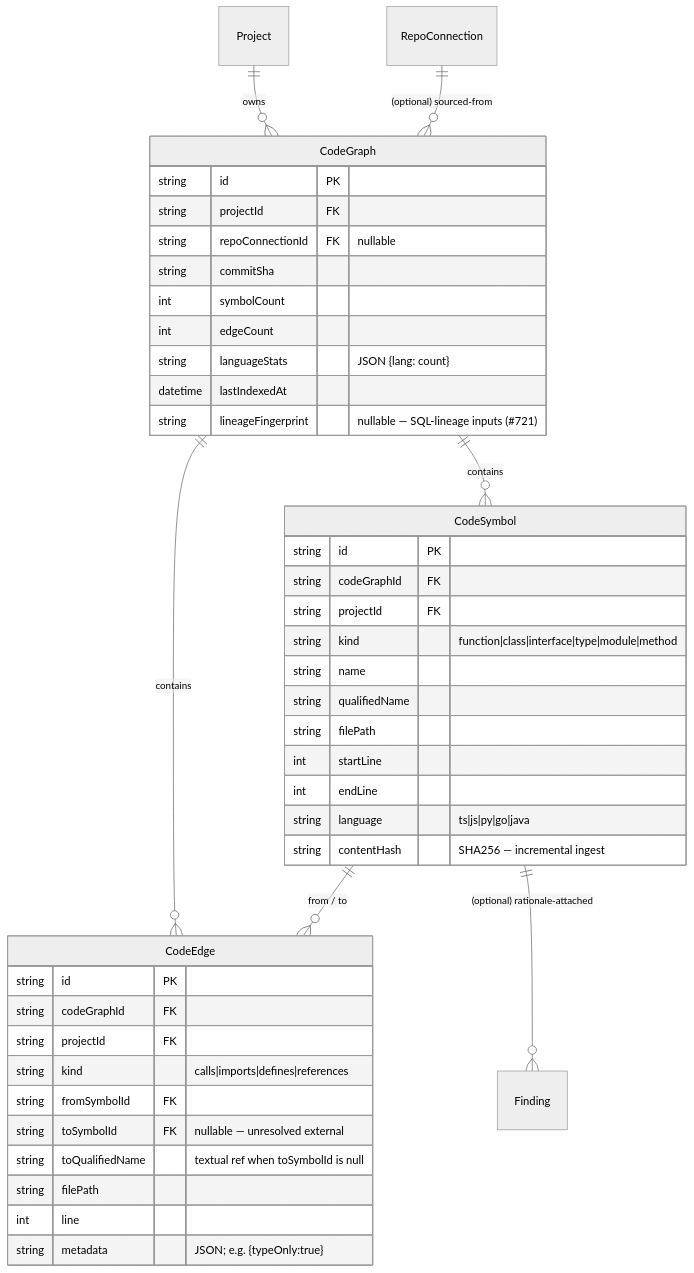
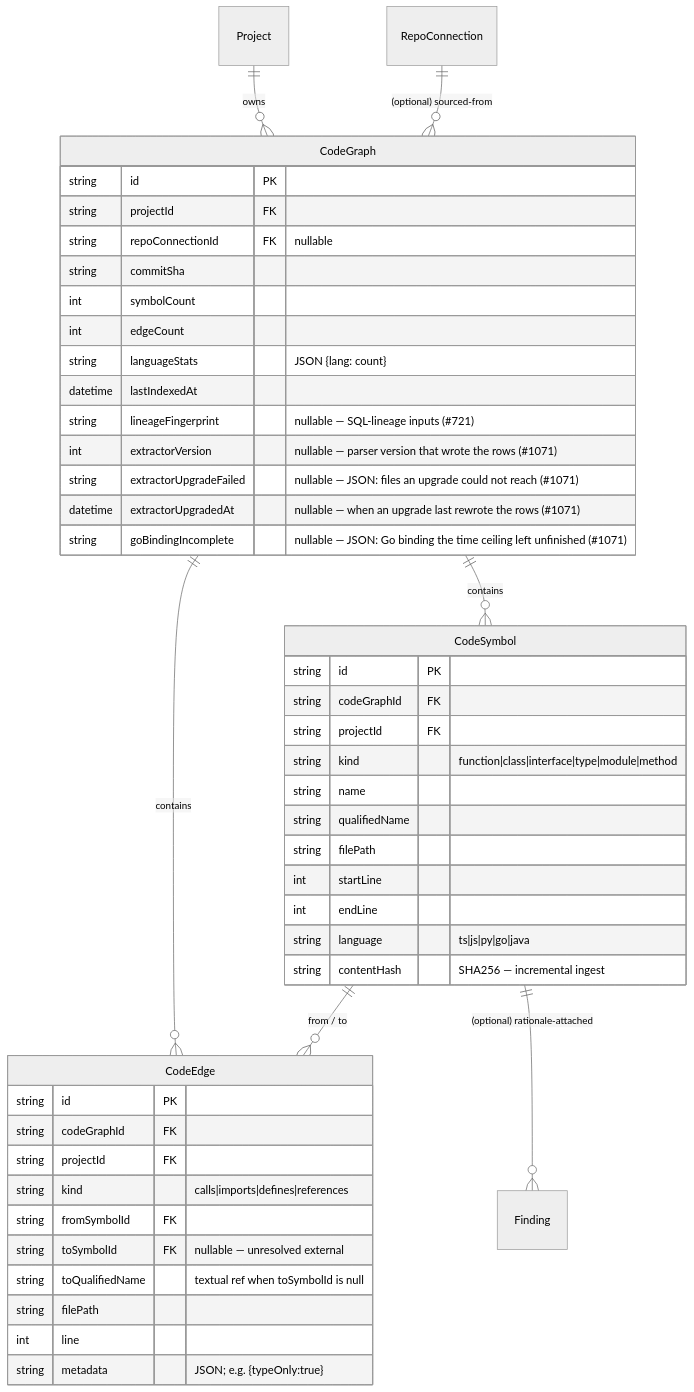
One commit to openzigs/metis changed the diagram in docs/data-model.md. Above: the diagram before and after it, drawn with Mermaid (neutral theme). The commit also changed other lines of this file and 182 other files, not shown here.

First line of the commit message:
feat: Resolve #1071 — Go method calls bind in the code graph at ingest (#1104)

````diff
--- a/docs/data-model.md
+++ b/docs/data-model.md
@@ -122,48 +122,52 @@
 ```mermaid
 erDiagram
     Project ||--o{ CodeGraph : owns
     RepoConnection ||--o{ CodeGraph : "(optional) sourced-from"
     CodeGraph ||--o{ CodeSymbol : contains
     CodeGraph ||--o{ CodeEdge : contains
     CodeSymbol ||--o{ CodeEdge : "from / to"
     CodeSymbol ||--o{ Finding : "(optional) rationale-attached"
 
     CodeSymbol {
         string id PK
         string codeGraphId FK
         string projectId FK
         string kind "function|class|interface|type|module|method"
         string name
         string qualifiedName
         string filePath
         int    startLine
         int    endLine
         string language "ts|js|py|go|java"
         string contentHash "SHA256 — incremental ingest"
     }
 
     CodeEdge {
         string id PK
         string codeGraphId FK
         string projectId FK
         string kind "calls|imports|defines|references"
         string fromSymbolId FK
         string toSymbolId FK "nullable — unresolved external"
         string toQualifiedName "textual ref when toSymbolId is null"
         string filePath
         int    line
         string metadata "JSON; e.g. {typeOnly:true}"
     }
 
     CodeGraph {
         string id PK
         string projectId FK
         string repoConnectionId FK "nullable"
         string commitSha
         int    symbolCount
         int    edgeCount
         string languageStats "JSON {lang: count}"
         datetime lastIndexedAt
         string lineageFingerprint "nullable — SQL-lineage inputs (#721)"
+        int    extractorVersion "nullable — parser version that wrote the rows (#1071)"
+        string extractorUpgradeFailed "nullable — JSON: files an upgrade could not reach (#1071)"
+        datetime extractorUpgradedAt "nullable — when an upgrade last rewrote the rows (#1071)"
+        string goBindingIncomplete "nullable — JSON: Go binding the time ceiling left unfinished (#1071)"
     }
 ```
````
